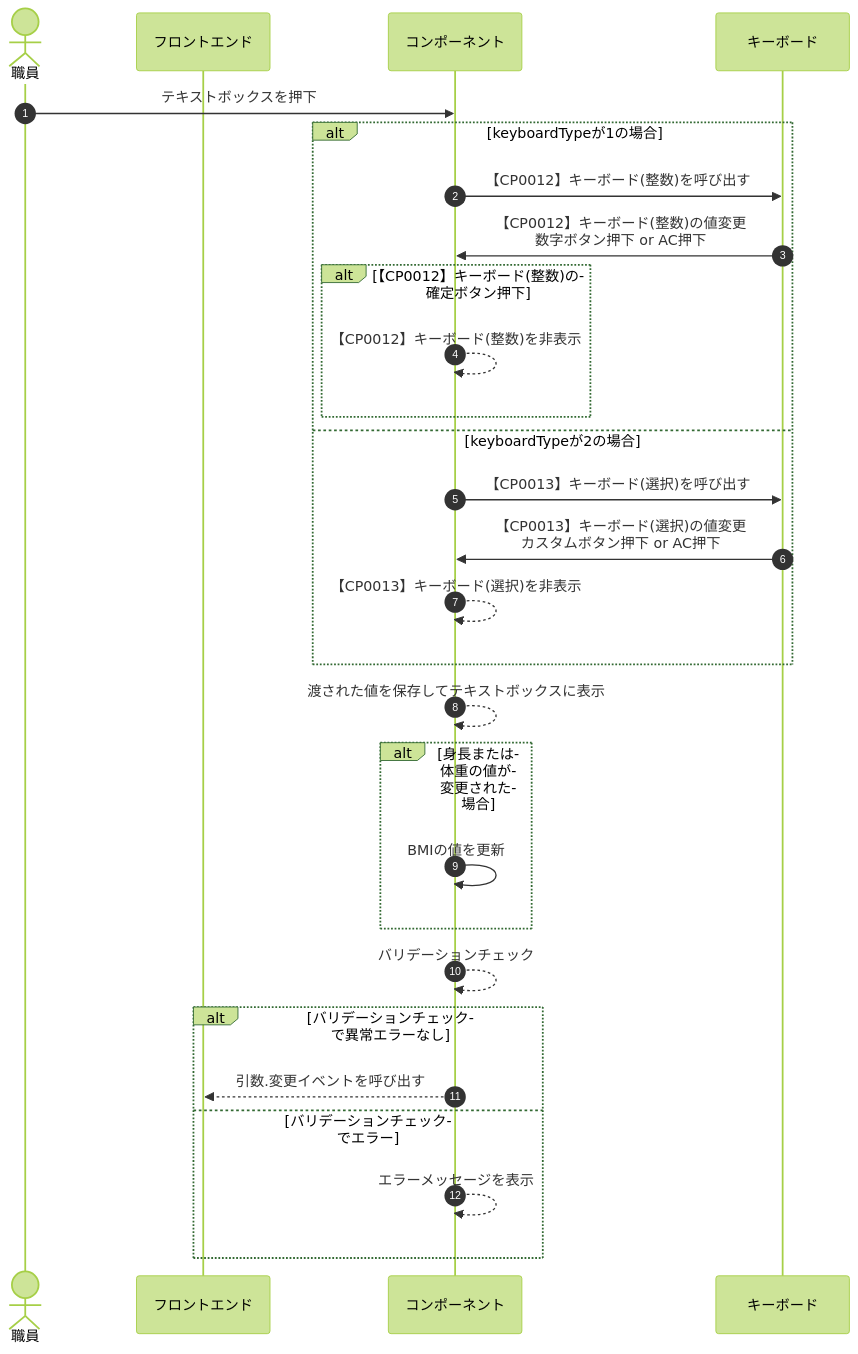
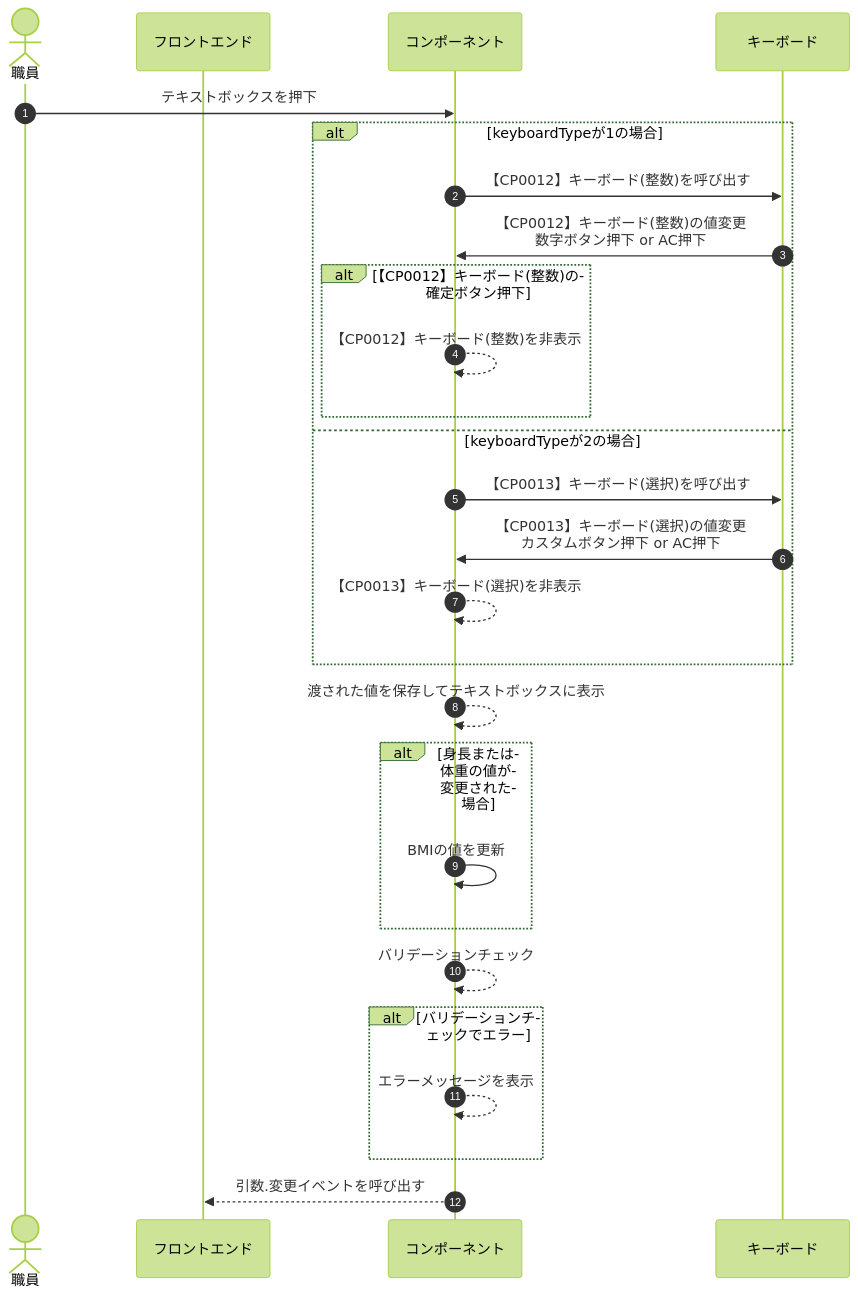
The diagram in Documents/UI設計書/src/docs/コンポーネント/CP1011_検査項目グループ_検査：身体計測/CP1011-TextboxPressed.mmd (MrWangpeilin945/FlutterIOS), drawn with Mermaid before and after one commit. The commit also changed 22 other files, not shown here.

Commit message:
シーケンス図を修正

```diff
--- a/Documents/UI設計書/src/docs/コンポーネント/CP1011_検査項目グループ_検査：身体計測/CP1011-TextboxPressed.mmd
+++ b/Documents/UI設計書/src/docs/コンポーネント/CP1011_検査項目グループ_検査：身体計測/CP1011-TextboxPressed.mmd
@@ -1,30 +1,29 @@
 %%{init:{'theme':'forest'}}%%
 sequenceDiagram
 autonumber
   actor User as 職員
   participant FE as フロントエンド
   participant KN as コンポーネント
   participant Key as キーボード
 
   User->>KN:テキストボックスを押下
   alt keyboardTypeが1の場合
   KN->>Key:【CP0012】キーボード(整数)を呼び出す
   Key->>KN:【CP0012】キーボード(整数)の値変更<br>数字ボタン押下 or AC押下
   alt 【CP0012】キーボード(整数)の確定ボタン押下
   KN-->>KN:【CP0012】キーボード(整数)を非表示
   end
   else keyboardTypeが2の場合
   KN->>Key:【CP0013】キーボード(選択)を呼び出す
   Key->>KN:【CP0013】キーボード(選択)の値変更<br>カスタムボタン押下 or AC押下
   KN-->>KN:【CP0013】キーボード(選択)を非表示
   end
   KN-->>KN:渡された値を保存してテキストボックスに表示
   alt 身長または体重の値が変更された場合
   KN->>KN:BMIの値を更新
   end
   KN-->>KN:バリデーションチェック
-  alt バリデーションチェックで異常エラーなし
-  KN-->>FE:引数.変更イベントを呼び出す
-  else バリデーションチェックでエラー
+  alt バリデーションチェックでエラー
   KN-->>KN:エラーメッセージを表示 
   end
+  KN-->>FE:引数.変更イベントを呼び出す
```
